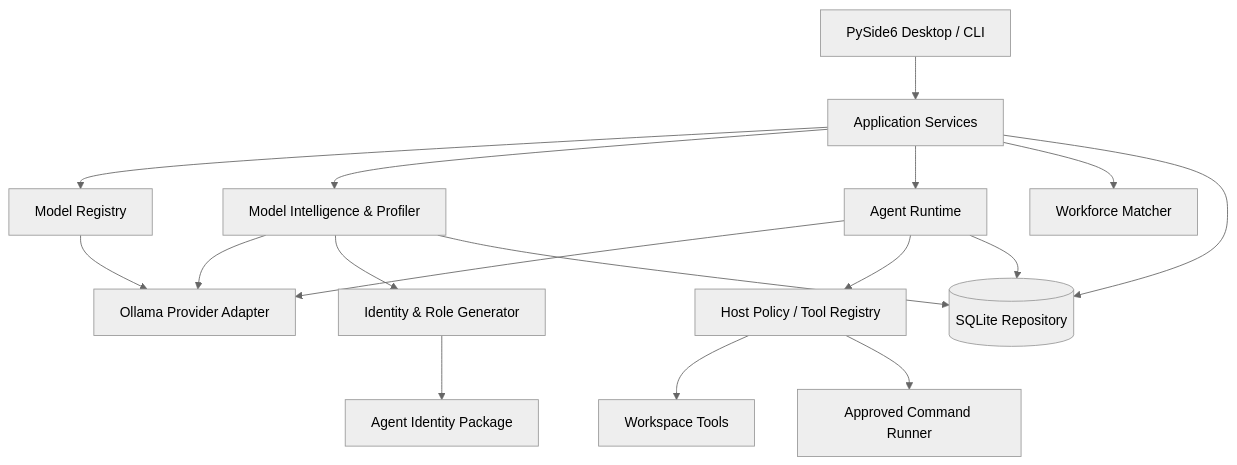
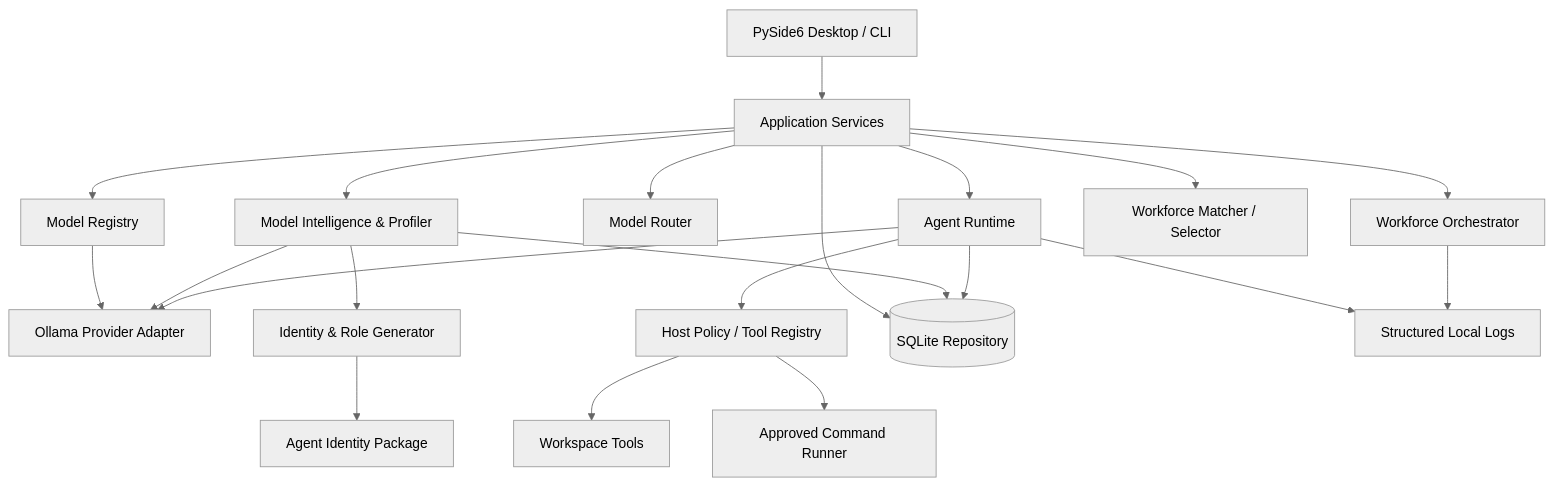
Before and after one commit to 11vatedTech/Ollama-DesktopAgent: the first of 2 diagrams in docs/ARCHITECTURE.md, drawn with Mermaid (neutral theme). The commit also changed other lines of this file and 7 other files, not shown here.

First line of the commit message:
docs: document workforce routing operations and local evidence

````diff
--- a/docs/ARCHITECTURE.md
+++ b/docs/ARCHITECTURE.md
@@ -19,19 +19,23 @@
 ```mermaid
 flowchart TB
   UI[PySide6 Desktop / CLI] --> APP[Application Services]
   APP --> REG[Model Registry]
   APP --> PROF[Model Intelligence & Profiler]
+  APP --> ROUTE[Model Router]
+  APP --> WF[Workforce Orchestrator]
   APP --> AGENT[Agent Runtime]
   REG --> OLLAMA[Ollama Provider Adapter]
   PROF --> OLLAMA
   AGENT --> OLLAMA
   PROF --> ID[Identity & Role Generator]
   ID --> PKG[Agent Identity Package]
   AGENT --> POLICY[Host Policy / Tool Registry]
   POLICY --> WS[Workspace Tools]
   POLICY --> EXEC[Approved Command Runner]
-  APP --> MATCH[Workforce Matcher]
+  APP --> MATCH[Workforce Matcher / Selector]
   APP --> STORE[(SQLite Repository)]
+  AGENT --> OBS[Structured Local Logs]
+  WF --> OBS
   PROF --> STORE
   AGENT --> STORE
 ```
````
